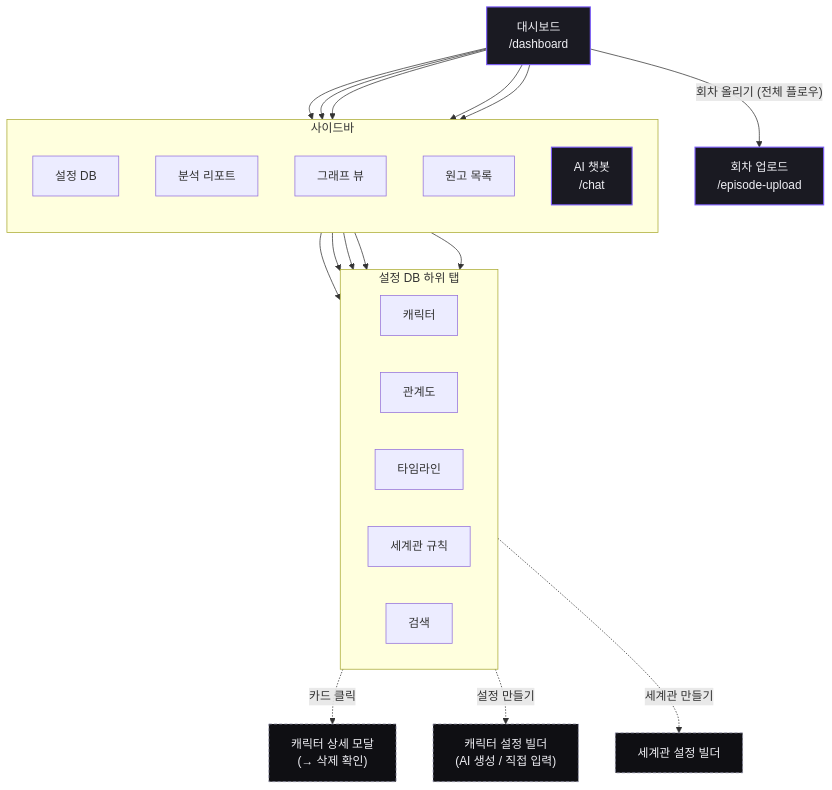
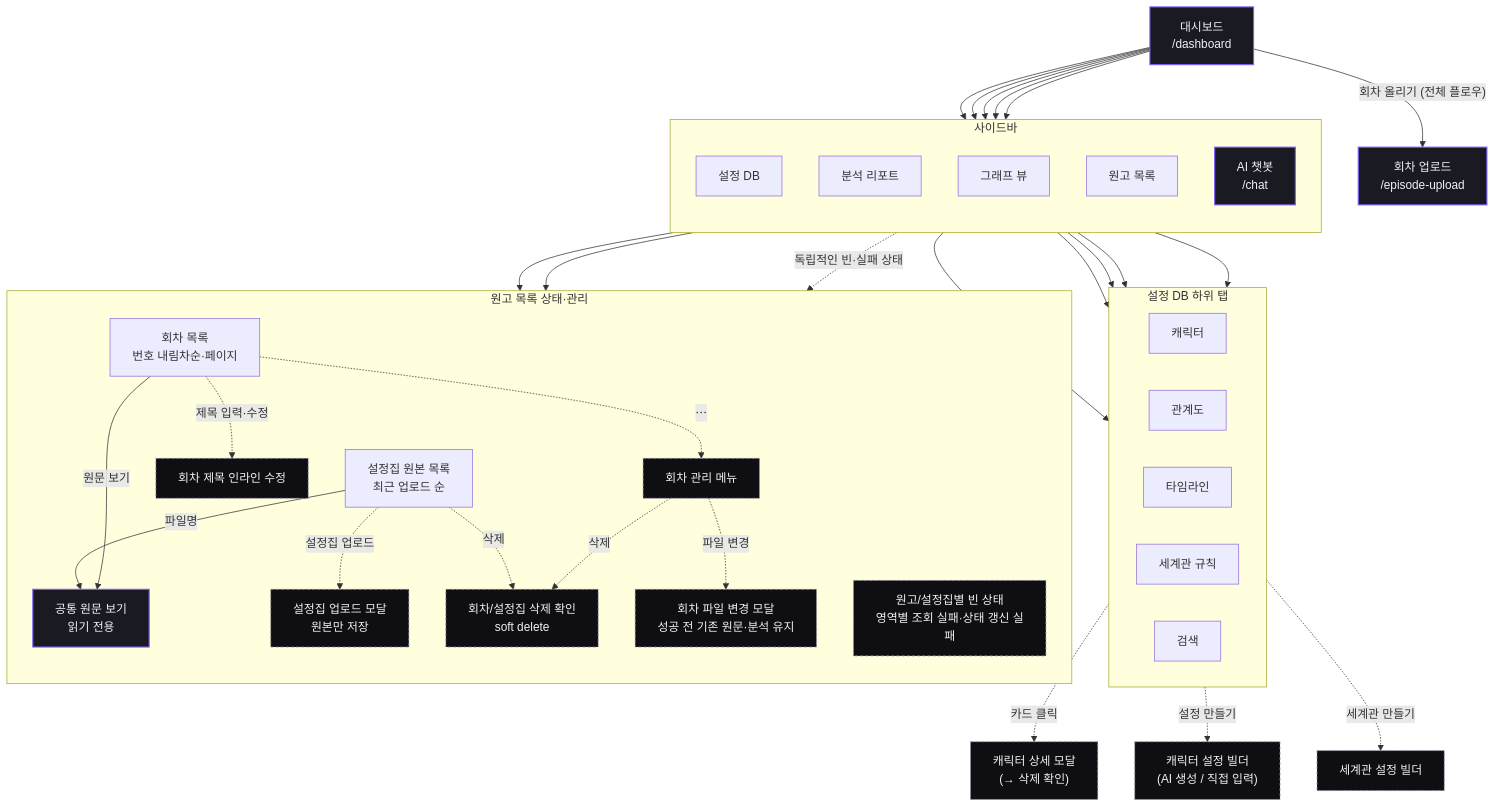
Before and after one commit to catchhole-soma/catchhole-front: the fifth of 7 diagrams in docs/screen-flow.md, drawn with Mermaid. The commit also changed other lines of this file and 2 other files, not shown here.

First line of the commit message:
docs(flow): 요구사항과 Workflow 흐름 동기화

````diff
--- a/docs/screen-flow.md
+++ b/docs/screen-flow.md
@@ -190,38 +209,62 @@
 ```mermaid
 flowchart TD
   dashboard["대시보드<br/>/dashboard"]:::private
 
   subgraph SIDEBAR["사이드바"]
     direction TB
     nav_settingDB["설정 DB"]
     nav_reports["분석 리포트"]
     nav_graph["그래프 뷰"]
     nav_manuscripts["원고 목록"]
     nav_chat["AI 챗봇<br/>/chat"]:::private
   end
 
   dashboard --> nav_settingDB
   dashboard --> nav_reports
   dashboard --> nav_graph
   dashboard --> nav_manuscripts
   dashboard --> nav_chat
 
   subgraph TABS["설정 DB 하위 탭"]
     direction LR
     t_char["캐릭터"]
     t_rel["관계도"]
     t_time["타임라인"]
     t_world["세계관 규칙"]
     t_search["검색"]
   end
   nav_settingDB --> t_char & t_rel & t_time & t_world & t_search
 
   t_char -. "카드 클릭" .-> m_chardetail["캐릭터 상세 모달<br/>(→ 삭제 확인)"]:::modal
   t_char -. "설정 만들기" .-> m_settings["캐릭터 설정 빌더<br/>(AI 생성 / 직접 입력)"]:::modal
   t_world -. "세계관 만들기" .-> m_world["세계관 설정 빌더"]:::modal
 
+  subgraph MANUSCRIPTS["원고 목록 상태·관리"]
+    direction TB
+    setting_source["설정집 원본 목록<br/>최근 업로드 순"]
+    episode_list["회차 목록<br/>번호 내림차순·페이지"]
+    list_state["원고/설정집별 빈 상태<br/>영역별 조회 실패·상태 갱신 실패"]:::modal
+    source_viewer["공통 원문 보기<br/>읽기 전용"]:::private
+    title_edit["회차 제목 인라인 수정"]:::modal
+    episode_menu["회차 관리 메뉴"]:::modal
+    setting_upload["설정집 업로드 모달<br/>원본만 저장"]:::modal
+    file_replace["회차 파일 변경 모달<br/>성공 전 기존 원문·분석 유지"]:::modal
+    delete_confirm["회차/설정집 삭제 확인<br/>soft delete"]:::modal
+  end
+
+  nav_manuscripts --> setting_source & episode_list
+  nav_manuscripts -. "독립적인 빈·실패 상태" .-> list_state
+  setting_source -- "파일명" --> source_viewer
+  setting_source -. "설정집 업로드" .-> setting_upload
+  setting_source -. "삭제" .-> delete_confirm
+  episode_list -- "원문 보기" --> source_viewer
+  episode_list -. "제목 입력·수정" .-> title_edit
+  episode_list -. "⋯" .-> episode_menu
+  episode_menu -. "파일 변경" .-> file_replace
+  episode_menu -. "삭제" .-> delete_confirm
+
   dashboard -- "회차 올리기 (전체 플로우)" --> upload["회차 업로드<br/>/episode-upload"]:::private
 
   classDef private fill:#1A1A22,stroke:#7C5CFC,stroke-width:1.5px,color:#F0F0F5;
   classDef modal fill:#0F0F13,stroke:#9090A8,stroke-dasharray:4 3,color:#F0F0F5;
 ```
````
